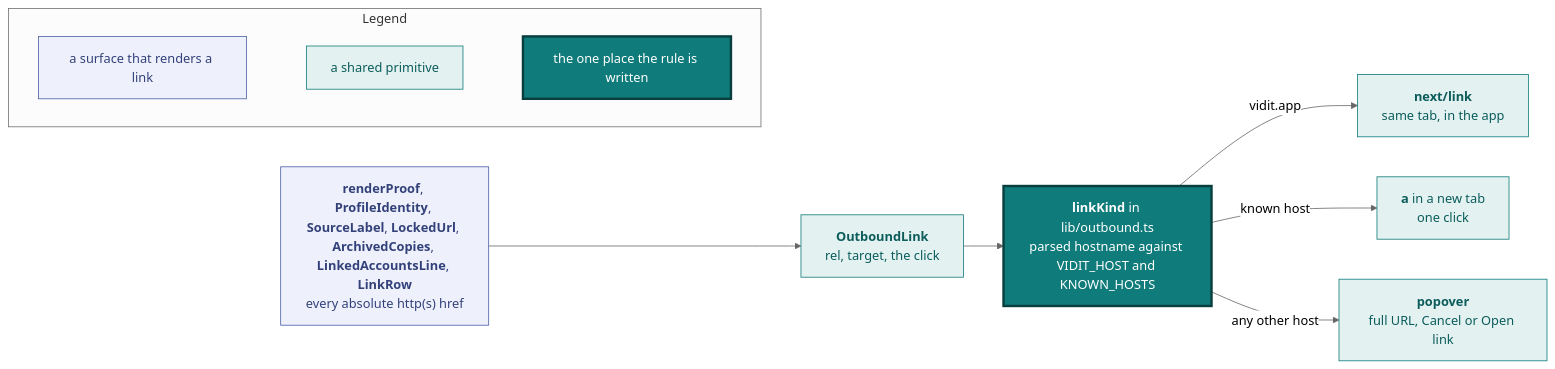
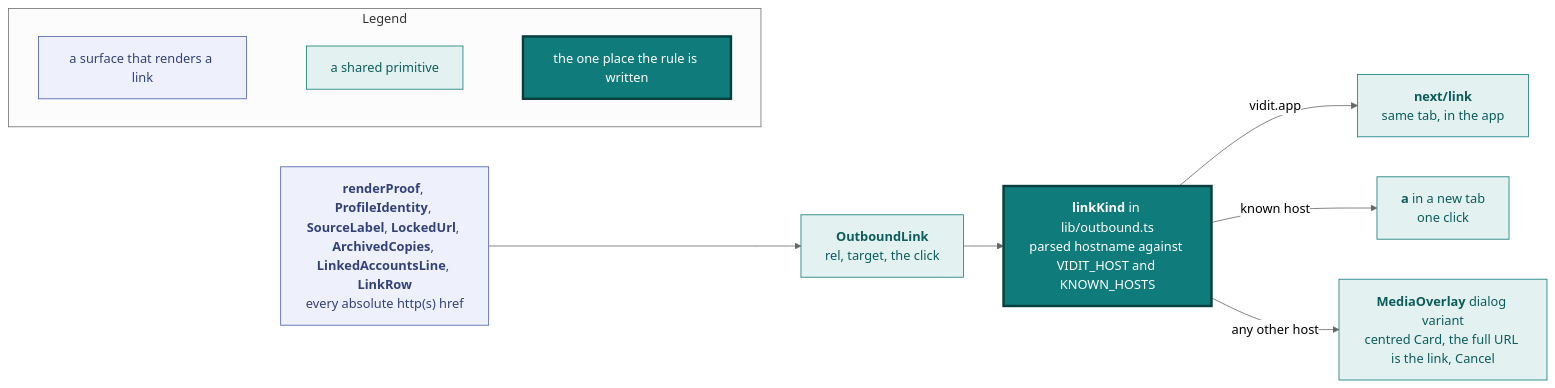
One commit to vidithq/vidit changed the second of 5 diagrams in docs/design.md. Above: the diagram before and after it, drawn with Mermaid (neutral theme). The commit also changed other lines of this file and 7 other files, not shown here.

First line of the commit message:
feat: show the outbound link warning as a centred dialog

````diff
--- a/docs/design.md
+++ b/docs/design.md
@@ -249,32 +249,32 @@
 ```mermaid
 flowchart LR
   classDef spec fill:#eef1fb,stroke:#4a5fa5,color:#33417a
   classDef shared fill:#e3f2f1,stroke:#0f7b7a,color:#0b5c5b
   classDef core fill:#0f7b7a,stroke:#083f3e,stroke-width:3px,color:#ffffff
 
   subgraph legend [Legend]
     direction LR
     l1["`a surface that renders a link`"]:::spec
     l2["`a shared primitive`"]:::shared
     l3["`the one place the rule is written`"]:::core
     l1 ~~~ l2 ~~~ l3
   end
 
   surfaces["`**renderProof**, **ProfileIdentity**, **SourceLabel**, **LockedUrl**, **ArchivedCopies**, **LinkedAccountsLine**, **LinkRow**
   every absolute http(s) href`"]:::spec
   link["`**OutboundLink**
   rel, target, the click`"]:::shared
   kind["`**linkKind** in lib/outbound.ts
   parsed hostname against VIDIT_HOST and KNOWN_HOSTS`"]:::core
   internal["`**next/link**
   same tab, in the app`"]:::shared
   known["`**a** in a new tab
   one click`"]:::shared
-  unknown["`**popover**
-  full URL, Cancel or Open link`"]:::shared
+  unknown["`**MediaOverlay** dialog variant
+  centred Card, the full URL is the link, Cancel`"]:::shared
 
   surfaces --> link --> kind
   kind -->|vidit.app| internal
   kind -->|known host| known
   kind -->|any other host| unknown
 ```
````
